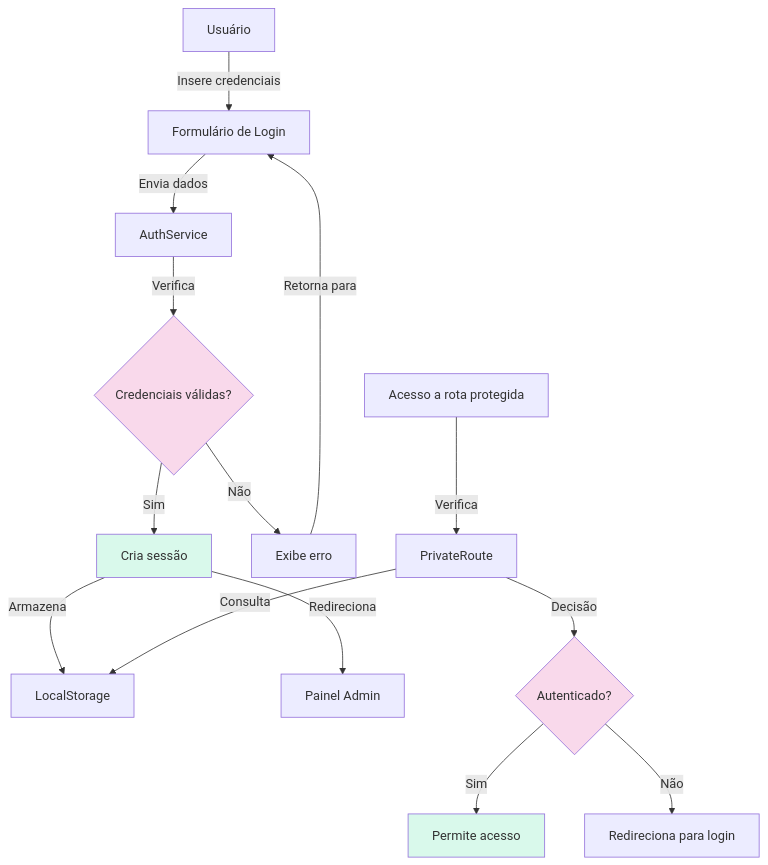
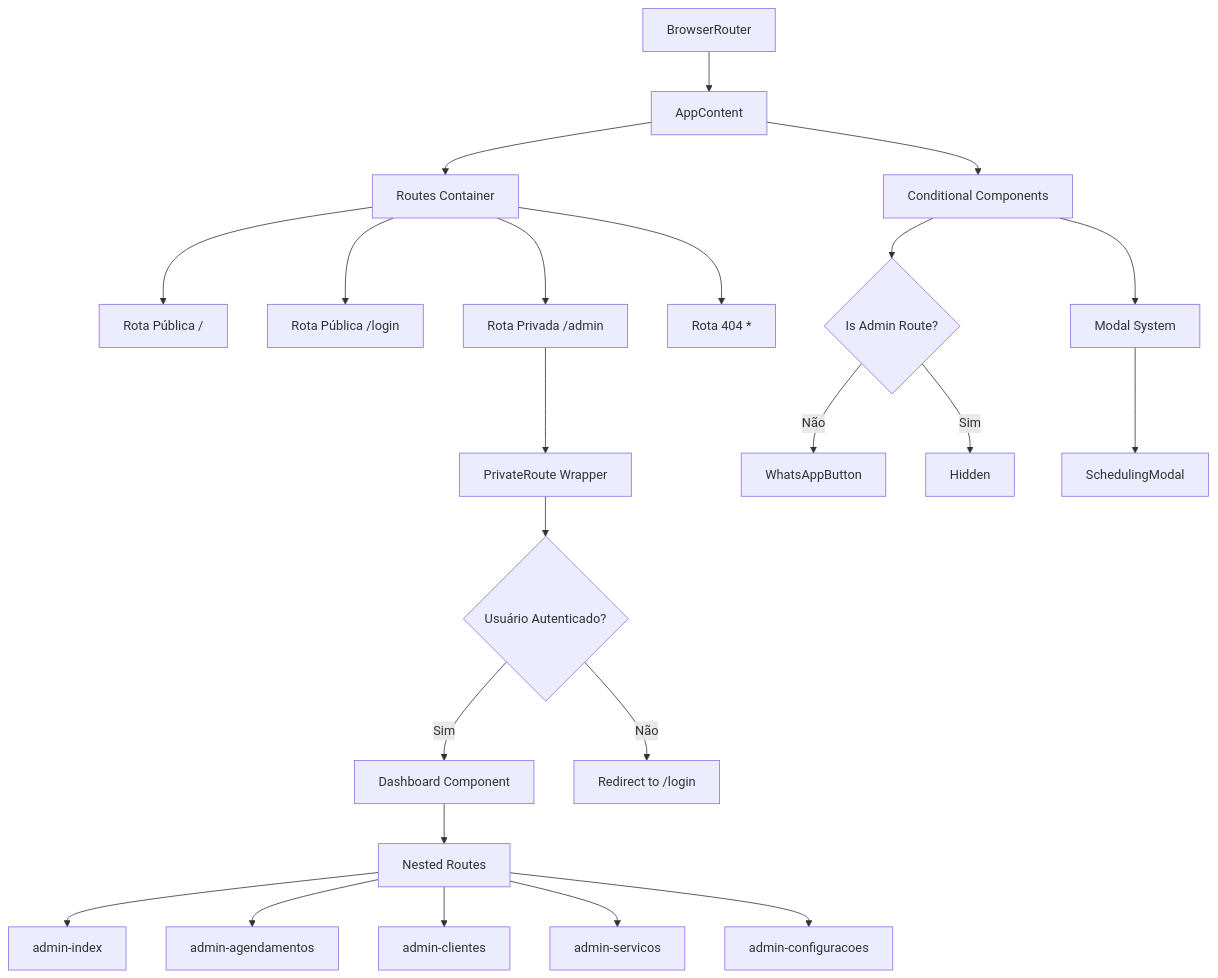
One commit to cold-tech/documentacao changed the first of 3 diagrams in SISTEMA_ROTAS.md. Above: the diagram before and after it, drawn with Mermaid. The commit also changed other lines of this file, not shown here.

````diff
--- a/SISTEMA_ROTAS.md
+++ b/SISTEMA_ROTAS.md
@@ -11,22 +27,29 @@
 ```mermaid
-flowchart TD
-    A[Usuário] -->|Insere credenciais| B[Formulário de Login]
-    B -->|Envia dados| C[AuthService]
-    C -->|Verifica| D{Credenciais válidas?}
-    D -->|Sim| E[Cria sessão]
-    D -->|Não| F[Exibe erro]
-    E -->|Armazena| G[LocalStorage]
-    E -->|Redireciona| H[Painel Admin]
-    F -->|Retorna para| B
+graph TD
+    A[BrowserRouter] --> B[AppContent]
+    B --> C[Routes Container]
+    C --> D[Rota Pública /]
+    C --> E[Rota Pública /login]
+    C --> F[Rota Privada /admin]
+    C --> G[Rota 404 *]
     
-    I[Acesso a rota protegida] -->|Verifica| J[PrivateRoute]
-    J -->|Consulta| G
-    J -->|Decisão| K{Autenticado?}
-    K -->|Sim| L[Permite acesso]
-    K -->|Não| M[Redireciona para login]
+    F --> H[PrivateRoute Wrapper]
+    H --> I{Usuário Autenticado?}
+    I -->|Sim| J[Dashboard Component]
+    I -->|Não| K[Redirect to /login]
     
-    style D fill:#f9d9eb
-    style K fill:#f9d9eb
-    style E fill:#d9f9eb
-    style L fill:#d9f9eb
+    J --> L[Nested Routes]
+    L --> M[admin-index]
+    L --> N[admin-agendamentos]
+    L --> O[admin-clientes]
+    L --> P[admin-servicos]
+    L --> Q[admin-configuracoes]
+    
+    B --> R[Conditional Components]
+    R --> S{Is Admin Route?}
+    S -->|Não| T[WhatsAppButton]
+    S -->|Sim| U[Hidden]
+    
+    R --> V[Modal System]
+    V --> W[SchedulingModal]
 ```
````
